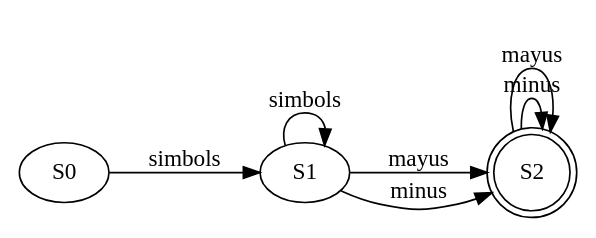
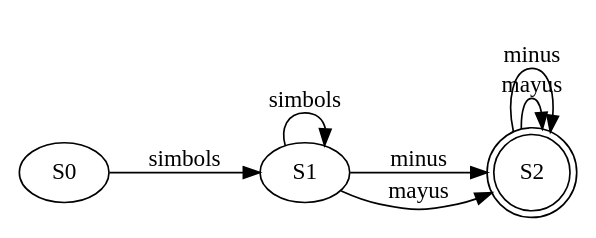
Before and after one commit to JeffMendez/OCL_Proyecto1_201901557: the diagram in Regexive/archivos/AFD_201901557/erAzar.dot, drawn with Graphviz. The commit also changed 54 other files, not shown here.

```diff
--- a/Regexive/archivos/AFD_201901557/erAzar.dot
+++ b/Regexive/archivos/AFD_201901557/erAzar.dot
@@ -1,4 +1,4 @@
 digraph G {
 	rankdir=LR
-	S0 -> S1 [label="simbols"]	S1 -> S1 [label="simbols"]	S1 -> S2 [label="mayus"]	S1 -> S2 [label="minus"]	S2 [shape="doublecircle"]	S2 -> S2 [label="minus"]	S2 -> S2 [label="mayus"]
+	S0 -> S1 [label="simbols"]	S1 -> S1 [label="simbols"]	S1 -> S2 [label="minus"]	S1 -> S2 [label="mayus"]	S2 [shape="doublecircle"]	S2 -> S2 [label="mayus"]	S2 -> S2 [label="minus"]
 }
```
